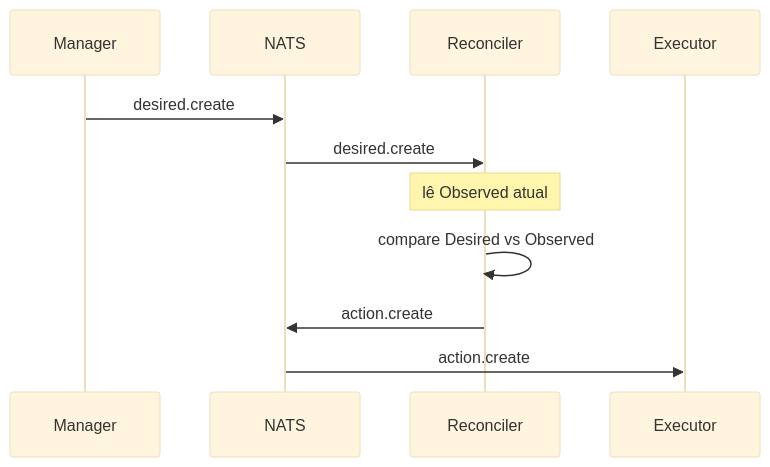
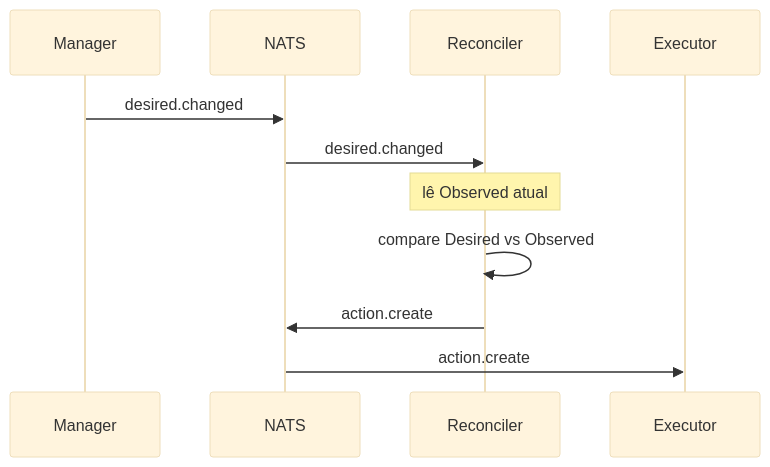
One commit to danielsabatini/smarkee changed diagram 13 of 44 in docs/RESOURCE-CONTROL-LOOP.md. Above: the diagram before and after it, drawn with Mermaid (base theme). The commit also changed other lines of this file and 1 other file, not shown here.

Commit message:
docs(control-loop): alinhar subjects e campos ao MESSAGING e NATS

````diff
--- a/docs/RESOURCE-CONTROL-LOOP.md
+++ b/docs/RESOURCE-CONTROL-LOOP.md
@@ -734,16 +734,16 @@
 ```mermaid
 sequenceDiagram
     participant Manager
     participant NATS
     participant Reconciler
     participant Executor
 
-    Manager->>NATS: desired.create
-    NATS->>Reconciler: desired.create
+    Manager->>NATS: desired.changed
+    NATS->>Reconciler: desired.changed
 
     Note over Reconciler: lê Observed atual
 
     Reconciler->>Reconciler: compare Desired vs Observed
     Reconciler->>NATS: action.create
     NATS->>Executor: action.create
 ```
````
